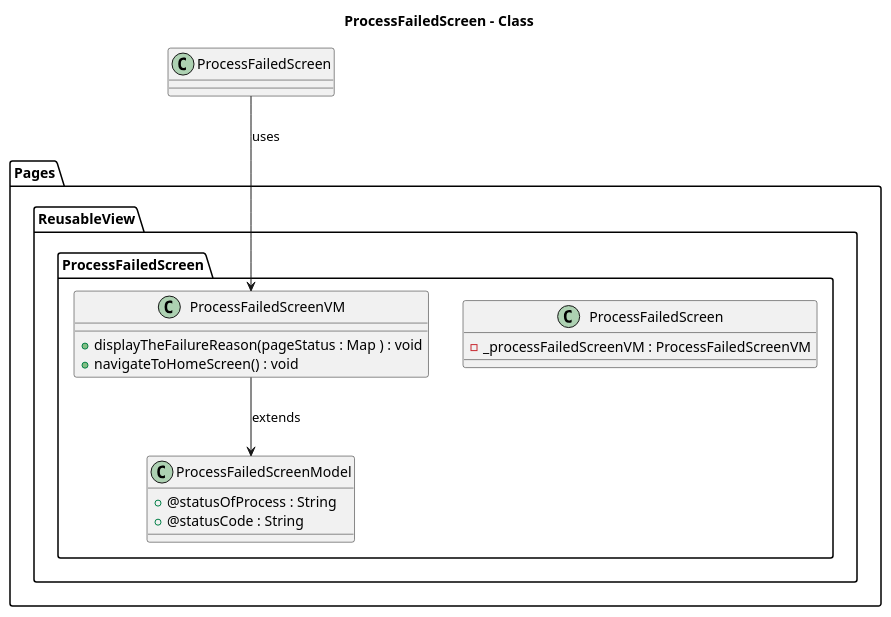
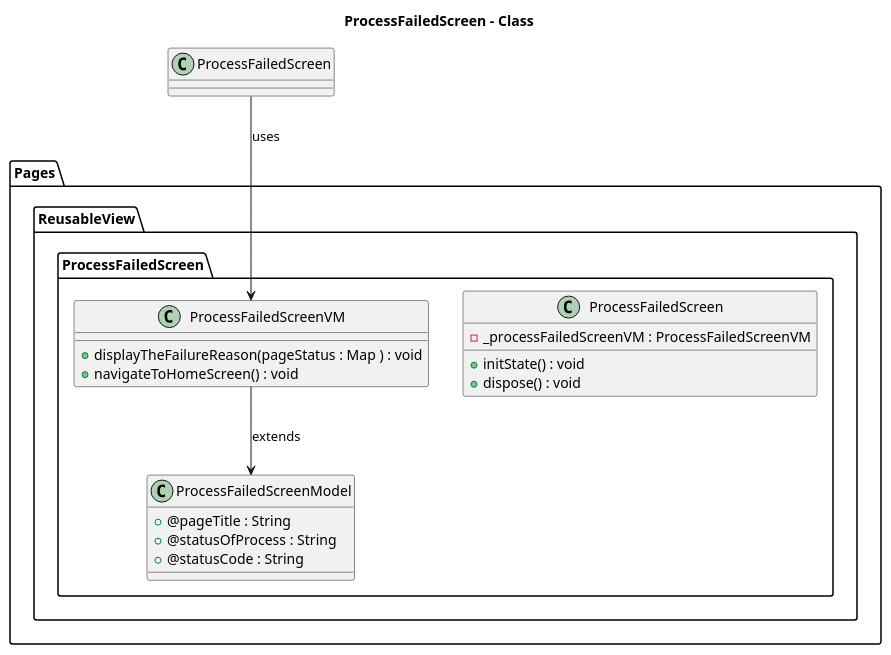
One commit to Judirebecca/Notes-application changed the diagram in lib/Pages/ReusableView/ProcessFailedScreen/Design/ProcessFailedScreen-Class.puml. Above: the diagram before and after it, drawn with PlantUML. The commit also changed 17 other files, not shown here.

Commit message:
added sequence diagram

```diff
--- a/lib/Pages/ReusableView/ProcessFailedScreen/Design/ProcessFailedScreen-Class.puml
+++ b/lib/Pages/ReusableView/ProcessFailedScreen/Design/ProcessFailedScreen-Class.puml
@@ -1,23 +1,26 @@
 @startuml ProcessFailedScreen - Class 
 title ProcessFailedScreen - Class 
 package Pages{
     package ReusableView{
         package ProcessFailedScreen{
             class ProcessFailedScreen{
                 - _processFailedScreenVM : ProcessFailedScreenVM
+                + initState() : void 
+                + dispose() : void
             }
             class ProcessFailedScreenVM{
                 + displayTheFailureReason(pageStatus : Map ) : void 
                 + navigateToHomeScreen() : void 
             }
             class ProcessFailedScreenModel{
+                + @pageTitle : String 
                 + @statusOfProcess : String 
                 + @statusCode : String
             }
         }
     }
 }
 ProcessFailedScreen --> ProcessFailedScreenVM : uses 
 ProcessFailedScreenVM --> ProcessFailedScreenModel : extends 
 
 @enduml
```
